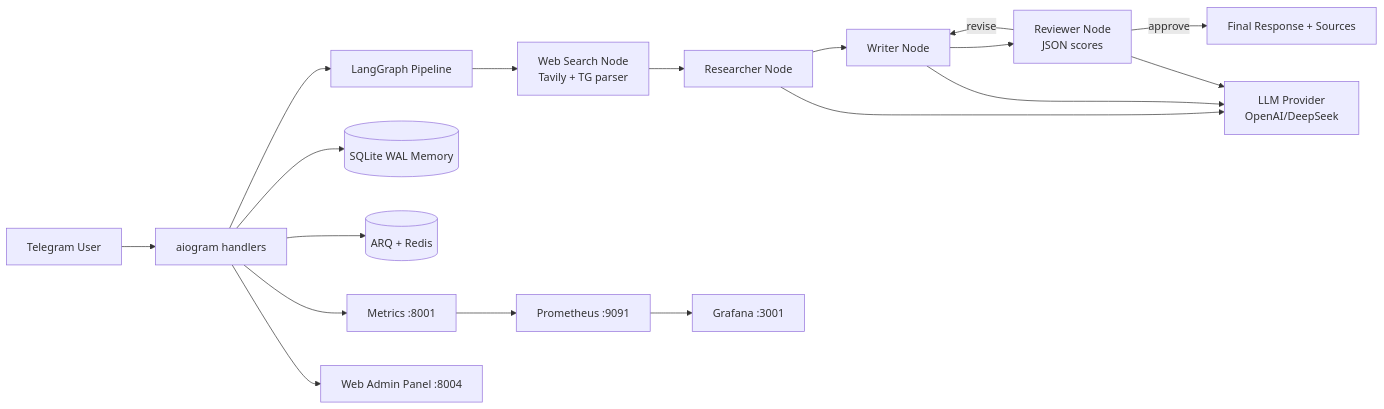
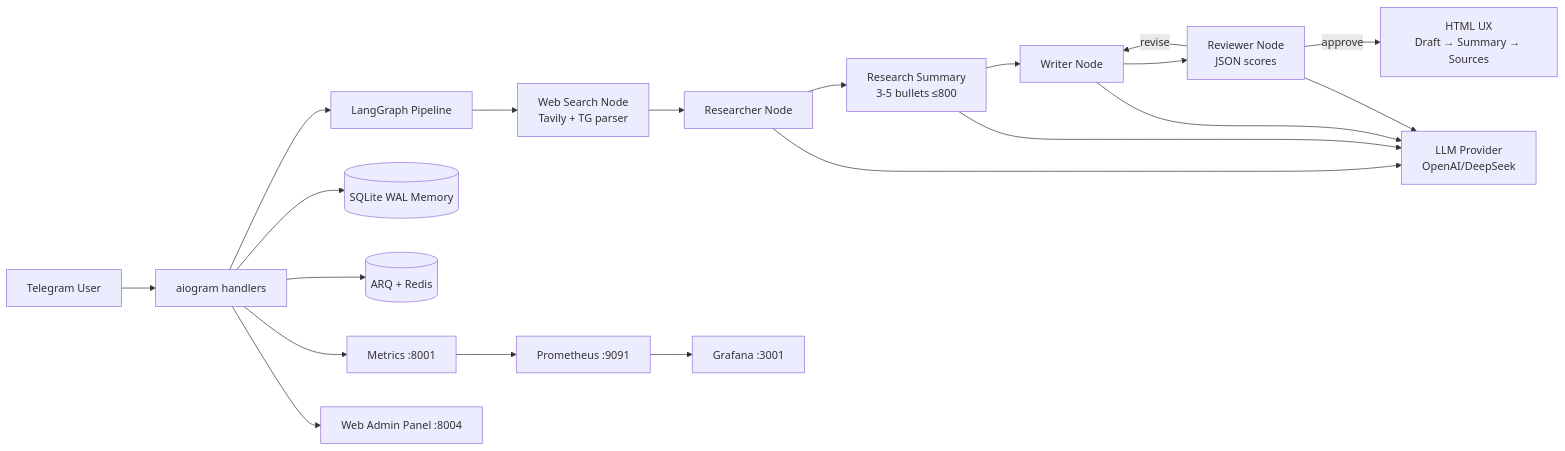
One commit to kartuznik/watchdog_bot changed the diagram in README.md. Above: the diagram before and after it, drawn with Mermaid. The commit also changed other lines of this file and 7 other files, not shown here.

````diff
--- a/README.md
+++ b/README.md
@@ -42,20 +43,22 @@
 ```mermaid
 flowchart LR
     U[Telegram User] --> A[aiogram handlers]
     A --> G[LangGraph Pipeline]
     G --> W[Web Search Node<br/>Tavily + TG parser]
     W --> R[Researcher Node]
-    R --> WR[Writer Node]
+    R --> S[Research Summary<br/>3-5 bullets ≤800]
+    S --> WR[Writer Node]
     WR --> RV[Reviewer Node<br/>JSON scores]
     RV -->|revise| WR
-    RV -->|approve| OUT[Final Response + Sources]
+    RV -->|approve| OUT[HTML UX<br/>Draft → Summary → Sources]
     R --> LLM[LLM Provider<br/>OpenAI/DeepSeek]
+    S --> LLM
     WR --> LLM
     RV --> LLM
     A --> DB[(SQLite WAL Memory)]
     A --> Q[(ARQ + Redis)]
     A --> M[Metrics :8001]
     M --> P[Prometheus :9091]
     P --> GF[Grafana :3001]
     A --> ADM[Web Admin Panel :8004]
 ```
````
